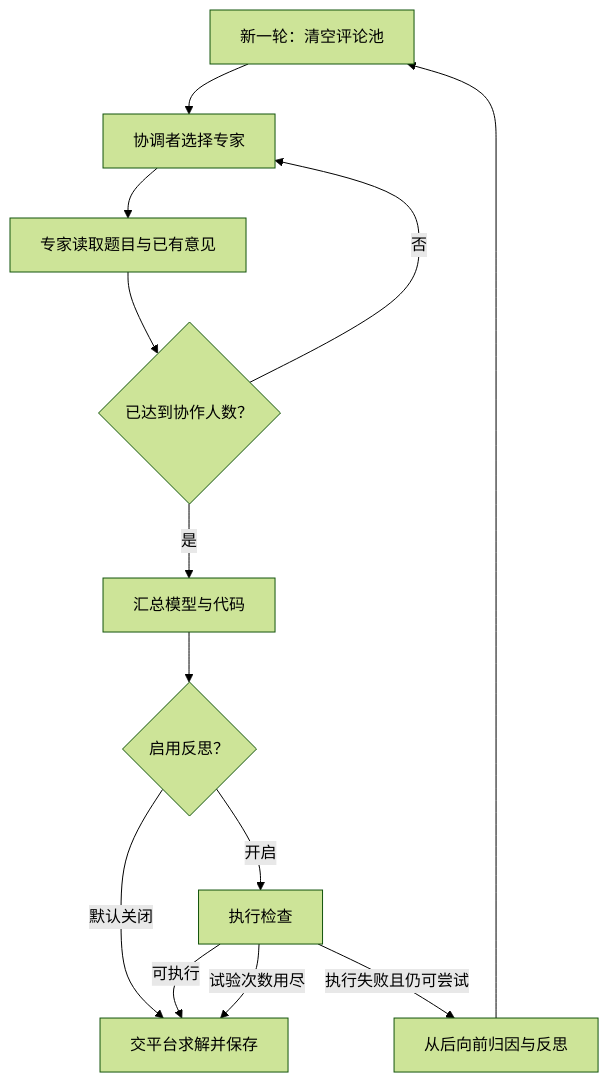
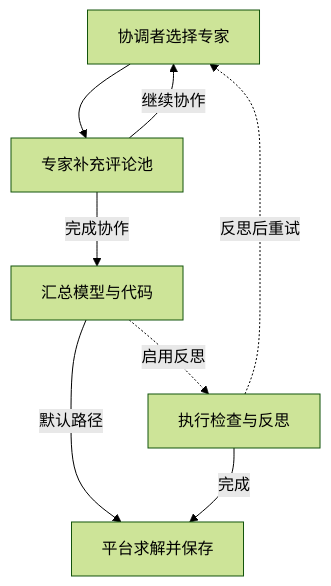
The diagram in website/content/zh/coe.md (Fangziyang0910/LLM4OM), drawn with Mermaid (forest theme) before and after one commit. The commit also changed other lines of this file and 231 other files, not shown here.

````diff
--- a/website/content/zh/coe.md
+++ b/website/content/zh/coe.md
@@ -11,15 +11,15 @@
 ```mermaid
 flowchart TB
-  Start["新一轮：清空评论池"] --> Conductor["协调者选择专家"]
-  Conductor --> Expert["专家读取题目与已有意见"]
-  Expert --> Count{"已达到协作人数？"}
-  Count -->|否| Conductor
-  Count -->|是| Reduce["汇总模型与代码"]
-  Reduce --> Reflect{"启用反思？"}
-  Reflect -->|默认关闭| Return["交平台求解并保存"]
-  Reflect -->|开启| Test["执行检查"]
-  Test -->|可执行| Return
-  Test -->|执行失败且仍可尝试| Back["从后向前归因与反思"]
-  Back --> Start
-  Test -->|试验次数用尽| Return
+  Conductor["协调者选择专家"]
+  Expert["专家补充评论池"]
+  Reduce["汇总模型与代码"]
+  Return["平台求解并保存"]
+  Reflect["执行检查与反思"]
+  Conductor --> Expert
+  Expert -->|继续协作| Conductor
+  Expert -->|完成协作| Reduce
+  Reduce -->|默认路径| Return
+  Reduce -.->|启用反思| Reflect
+  Reflect -.->|反思后重试| Conductor
+  Reflect -->|完成| Return
 ```
````
